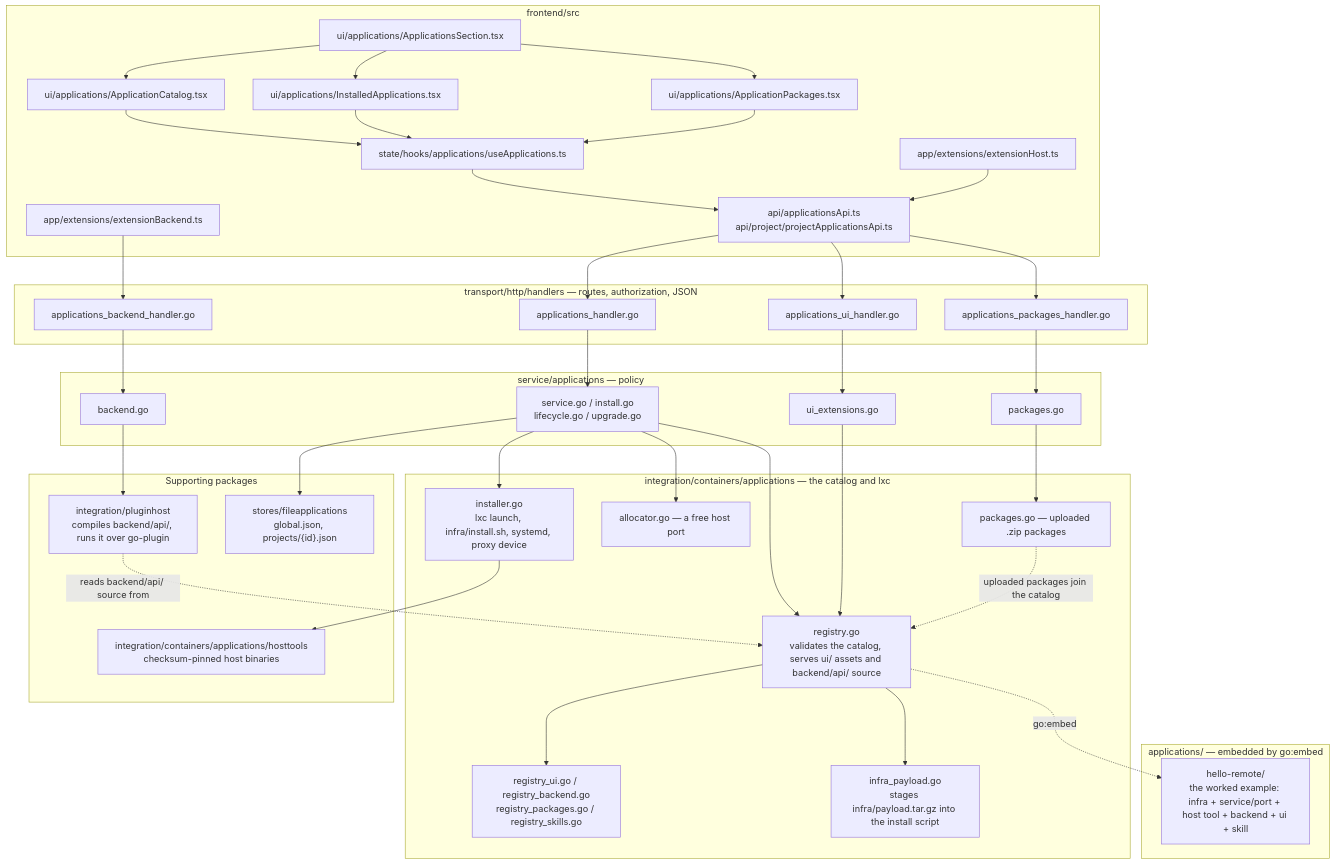
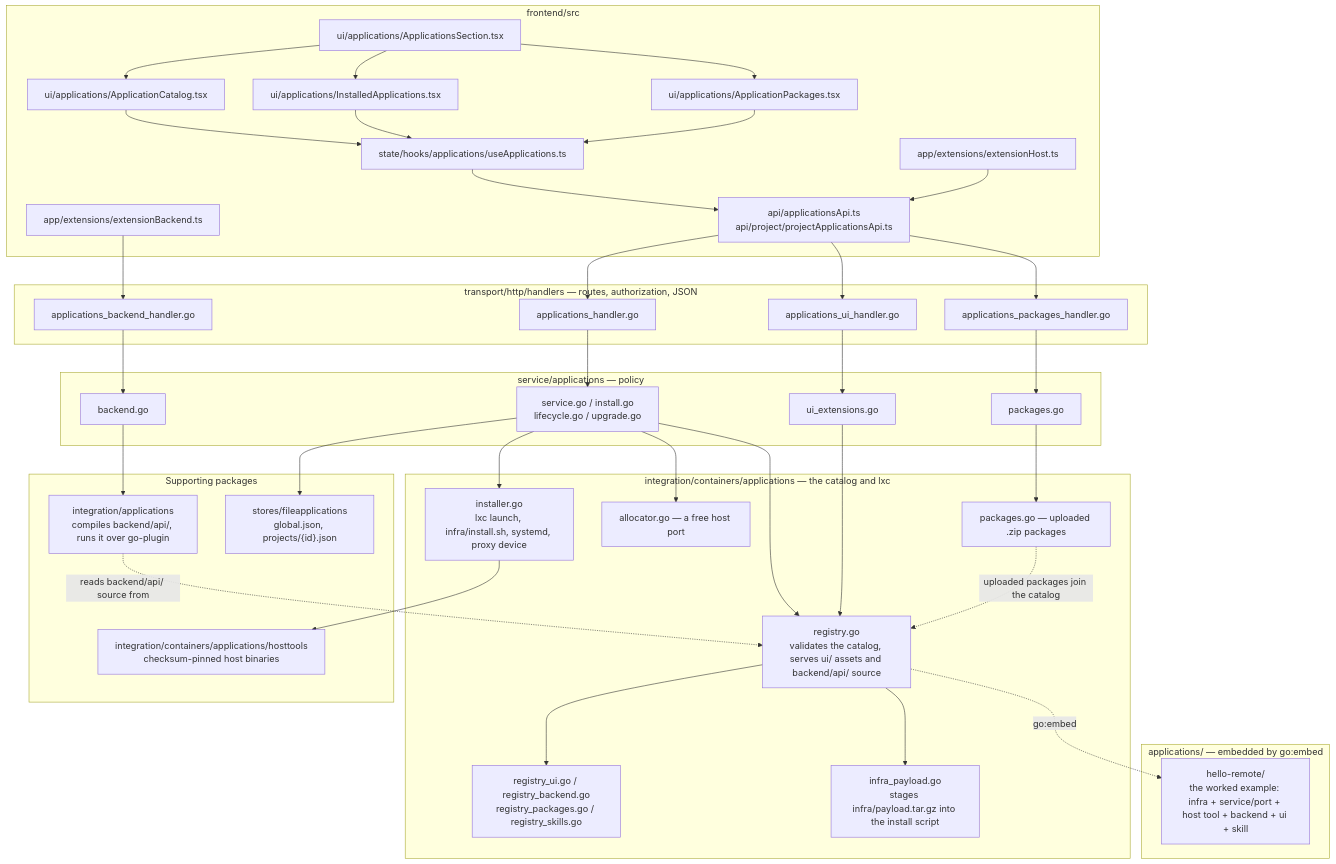
The first of 2 diagrams in docs/dev/installable-applications/01-overview.md (Ahmedwaleed22/remote.futrx), drawn with Mermaid before and after one commit. The commit also changed other lines of this file and 89 other files, not shown here.

Commit message:
refactor(applications): remove plugin terminology

````diff
--- a/docs/dev/installable-applications/01-overview.md
+++ b/docs/dev/installable-applications/01-overview.md
@@ -97,79 +97,79 @@
 ```mermaid
 flowchart TB
     subgraph Frontend["frontend/src"]
         FE_Section["ui/applications/ApplicationsSection.tsx"]
         FE_Catalog["ui/applications/ApplicationCatalog.tsx"]
         FE_Installed["ui/applications/InstalledApplications.tsx"]
         FE_Packages["ui/applications/ApplicationPackages.tsx"]
         FE_Hook["state/hooks/applications/useApplications.ts"]
         FE_Api["api/applicationsApi.ts<br/>api/project/projectApplicationsApi.ts"]
         FE_ExtHost["app/extensions/extensionHost.ts"]
         FE_ExtBackend["app/extensions/extensionBackend.ts"]
     end
 
     subgraph HTTP["transport/http/handlers — routes, authorization, JSON"]
         H_Main["applications_handler.go"]
         H_UI["applications_ui_handler.go"]
         H_Backend["applications_backend_handler.go"]
         H_Packages["applications_packages_handler.go"]
     end
 
     subgraph Service["service/applications — policy"]
         S_Service["service.go / install.go<br/>lifecycle.go / upgrade.go"]
         S_UIExt["ui_extensions.go"]
         S_Backend["backend.go"]
         S_Packages["packages.go"]
     end
 
     subgraph Integration["integration/containers/applications — the catalog and lxc"]
         I_Registry["registry.go<br/>validates the catalog, serves ui/ assets and backend/api/ source"]
         I_RegParts["registry_ui.go / registry_backend.go<br/>registry_packages.go / registry_skills.go"]
         I_Payload["infra_payload.go<br/>stages infra/payload.tar.gz into the install script"]
         I_Installer["installer.go<br/>lxc launch, infra/install.sh, systemd, proxy device"]
         I_Allocator["allocator.go — a free host port"]
         I_Packages["packages.go — uploaded .zip packages"]
     end
 
     subgraph Support["Supporting packages"]
-        P_PluginHost["integration/pluginhost<br/>compiles backend/api/, runs it over go-plugin"]
+        P_ApplicationHost["integration/applications<br/>compiles backend/api/, runs it over go-plugin"]
         P_FileApps["stores/fileapplications<br/>global.json, projects/{id}.json"]
         P_HostTools["integration/containers/applications/hosttools<br/>checksum-pinned host binaries"]
     end
 
     subgraph Catalog["applications/ — embedded by go:embed"]
         C_Hello["hello-remote/<br/>the worked example: infra + service/port + host tool + backend + ui + skill"]
     end
 
     FE_Section --> FE_Catalog
     FE_Section --> FE_Installed
     FE_Section --> FE_Packages
     FE_Catalog --> FE_Hook
     FE_Installed --> FE_Hook
     FE_Packages --> FE_Hook
     FE_Hook --> FE_Api
     FE_ExtHost --> FE_Api
     FE_Api --> H_Main
     FE_Api --> H_UI
     FE_Api --> H_Packages
     FE_ExtBackend --> H_Backend
 
     H_Main --> S_Service
     H_UI --> S_UIExt
     H_Backend --> S_Backend
     H_Packages --> S_Packages
 
     S_Service --> I_Registry
     S_Service --> I_Installer
     S_Service --> I_Allocator
     S_Service --> P_FileApps
     S_UIExt --> I_Registry
-    S_Backend --> P_PluginHost
+    S_Backend --> P_ApplicationHost
     S_Packages --> I_Packages
 
     I_Registry --> I_RegParts
     I_Registry --> I_Payload
     I_Registry -. go:embed .-> C_Hello
     I_Installer --> P_HostTools
     I_Packages -. uploaded packages join the catalog .-> I_Registry
-    P_PluginHost -. reads backend/api/ source from .-> I_Registry
+    P_ApplicationHost -. reads backend/api/ source from .-> I_Registry
 ```
````
